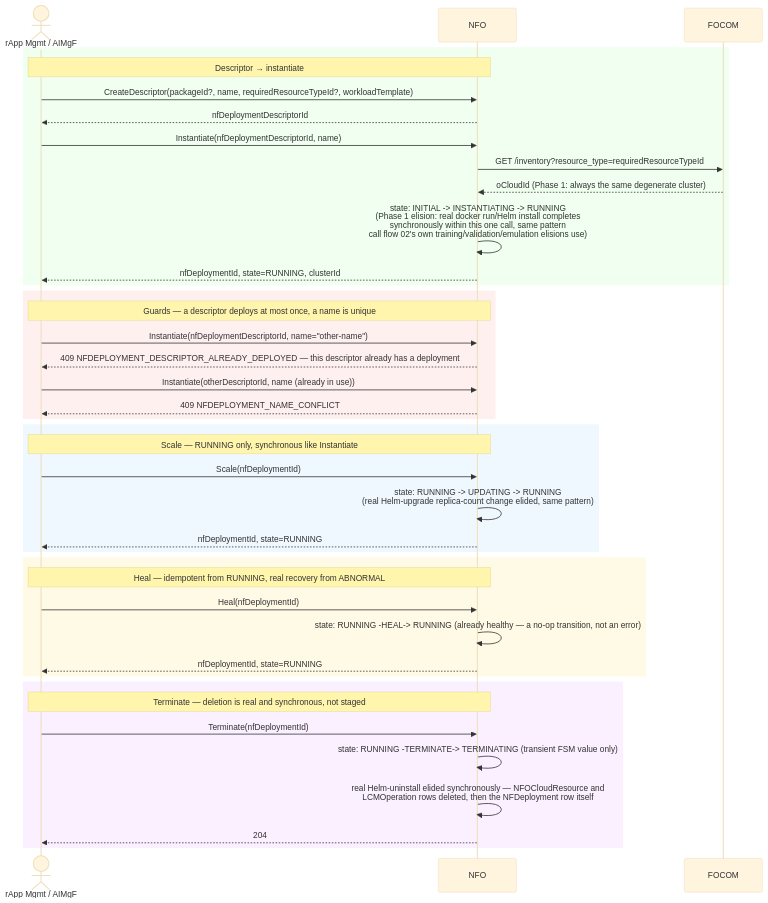
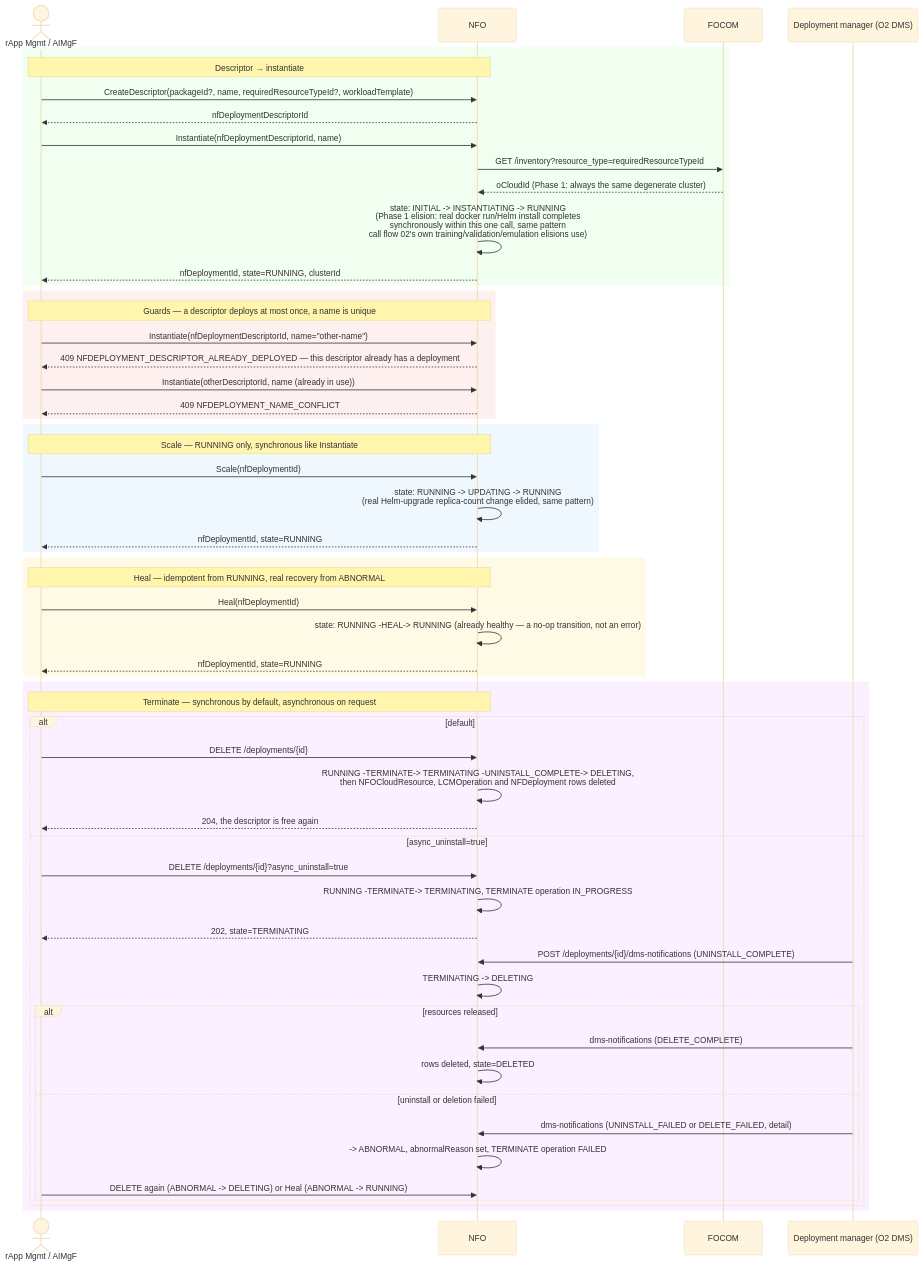
The diagram in smo/docs/call-flows/15-nfo-workload-lifecycle.md (rsys-bshankar/ai-ran-ref), drawn with Mermaid (base theme) before and after one commit. The commit also changed other lines of this file and 14 other files, not shown here.

First line of the commit message:
NFO: asynchronous Terminate completed by the DMS; DELETING and ABNORMAL reachable

````diff
--- a/smo/docs/call-flows/15-nfo-workload-lifecycle.md
+++ b/smo/docs/call-flows/15-nfo-workload-lifecycle.md
@@ -10,47 +10,63 @@
 ```mermaid
 sequenceDiagram
     actor Caller as rApp Mgmt / AIMgF
     participant NFO as NFO
     participant Focom as FOCOM
+    participant DMS as Deployment manager (O2 DMS)
 
     rect rgb(240, 255, 240)
     Note over Caller,NFO: Descriptor → instantiate
     Caller->>NFO: CreateDescriptor(packageId?, name, requiredResourceTypeId?, workloadTemplate)
     NFO-->>Caller: nfDeploymentDescriptorId
     Caller->>NFO: Instantiate(nfDeploymentDescriptorId, name)
     NFO->>Focom: GET /inventory?resource_type=requiredResourceTypeId
     Focom-->>NFO: oCloudId (Phase 1: always the same degenerate cluster)
     NFO->>NFO: state: INITIAL -> INSTANTIATING -> RUNNING<br/>(Phase 1 elision: real docker run/Helm install completes<br/>synchronously within this one call, same pattern<br/>call flow 02's own training/validation/emulation elisions use)
     NFO-->>Caller: nfDeploymentId, state=RUNNING, clusterId
     end
 
     rect rgb(255, 240, 240)
     Note over Caller,NFO: Guards — a descriptor deploys at most once, a name is unique
     Caller->>NFO: Instantiate(nfDeploymentDescriptorId, name="other-name")
     NFO-->>Caller: 409 NFDEPLOYMENT_DESCRIPTOR_ALREADY_DEPLOYED — this descriptor already has a deployment
     Caller->>NFO: Instantiate(otherDescriptorId, name (already in use))
     NFO-->>Caller: 409 NFDEPLOYMENT_NAME_CONFLICT
     end
 
     rect rgb(240, 248, 255)
     Note over Caller,NFO: Scale — RUNNING only, synchronous like Instantiate
     Caller->>NFO: Scale(nfDeploymentId)
     NFO->>NFO: state: RUNNING -> UPDATING -> RUNNING<br/>(real Helm-upgrade replica-count change elided, same pattern)
     NFO-->>Caller: nfDeploymentId, state=RUNNING
     end
 
     rect rgb(255, 250, 230)
     Note over Caller,NFO: Heal — idempotent from RUNNING, real recovery from ABNORMAL
     Caller->>NFO: Heal(nfDeploymentId)
     NFO->>NFO: state: RUNNING -HEAL-> RUNNING (already healthy — a no-op transition, not an error)
     NFO-->>Caller: nfDeploymentId, state=RUNNING
     end
 
     rect rgb(250, 240, 255)
-    Note over Caller,NFO: Terminate — deletion is real and synchronous, not staged
-    Caller->>NFO: Terminate(nfDeploymentId)
-    NFO->>NFO: state: RUNNING -TERMINATE-> TERMINATING (transient FSM value only)
-    NFO->>NFO: real Helm-uninstall elided synchronously — NFOCloudResource and<br/>LCMOperation rows deleted, then the NFDeployment row itself
-    NFO-->>Caller: 204
+    Note over Caller,NFO: Terminate — synchronous by default, asynchronous on request
+    alt default
+        Caller->>NFO: DELETE /deployments/{id}
+        NFO->>NFO: RUNNING -TERMINATE-> TERMINATING -UNINSTALL_COMPLETE-> DELETING,<br/>then NFOCloudResource, LCMOperation and NFDeployment rows deleted
+        NFO-->>Caller: 204, the descriptor is free again
+    else async_uninstall=true
+        Caller->>NFO: DELETE /deployments/{id}?async_uninstall=true
+        NFO->>NFO: RUNNING -TERMINATE-> TERMINATING, TERMINATE operation IN_PROGRESS
+        NFO-->>Caller: 202, state=TERMINATING
+        DMS->>NFO: POST /deployments/{id}/dms-notifications (UNINSTALL_COMPLETE)
+        NFO->>NFO: TERMINATING -> DELETING
+        alt resources released
+            DMS->>NFO: dms-notifications (DELETE_COMPLETE)
+            NFO->>NFO: rows deleted, state=DELETED
+        else uninstall or deletion failed
+            DMS->>NFO: dms-notifications (UNINSTALL_FAILED or DELETE_FAILED, detail)
+            NFO->>NFO: -> ABNORMAL, abnormalReason set, TERMINATE operation FAILED
+            Caller->>NFO: DELETE again (ABNORMAL -> DELETING) or Heal (ABNORMAL -> RUNNING)
+        end
+    end
     end
 ```
````
